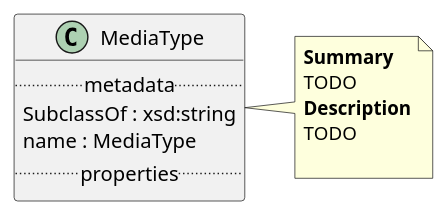
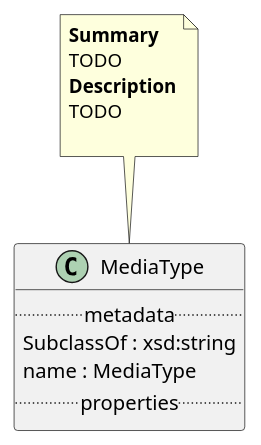
The diagram in Classes/MediaType.puml (maxhbr/spec-parser.hs), drawn with PlantUML before and after one commit. The commit also changed 51 other files, not shown here.

```diff
--- a/Classes/MediaType.puml
+++ b/Classes/MediaType.puml
@@ -1,15 +1,15 @@
 @startuml
 class MediaType {
 .. metadata ..
     SubclassOf : xsd:string
     name : MediaType
 .. properties ..
 }
-note right of MediaType
+note top of MediaType
 <b>Summary</b>
 TODO
 <b>Description</b>
 TODO
 
 end note
 @enduml
```
